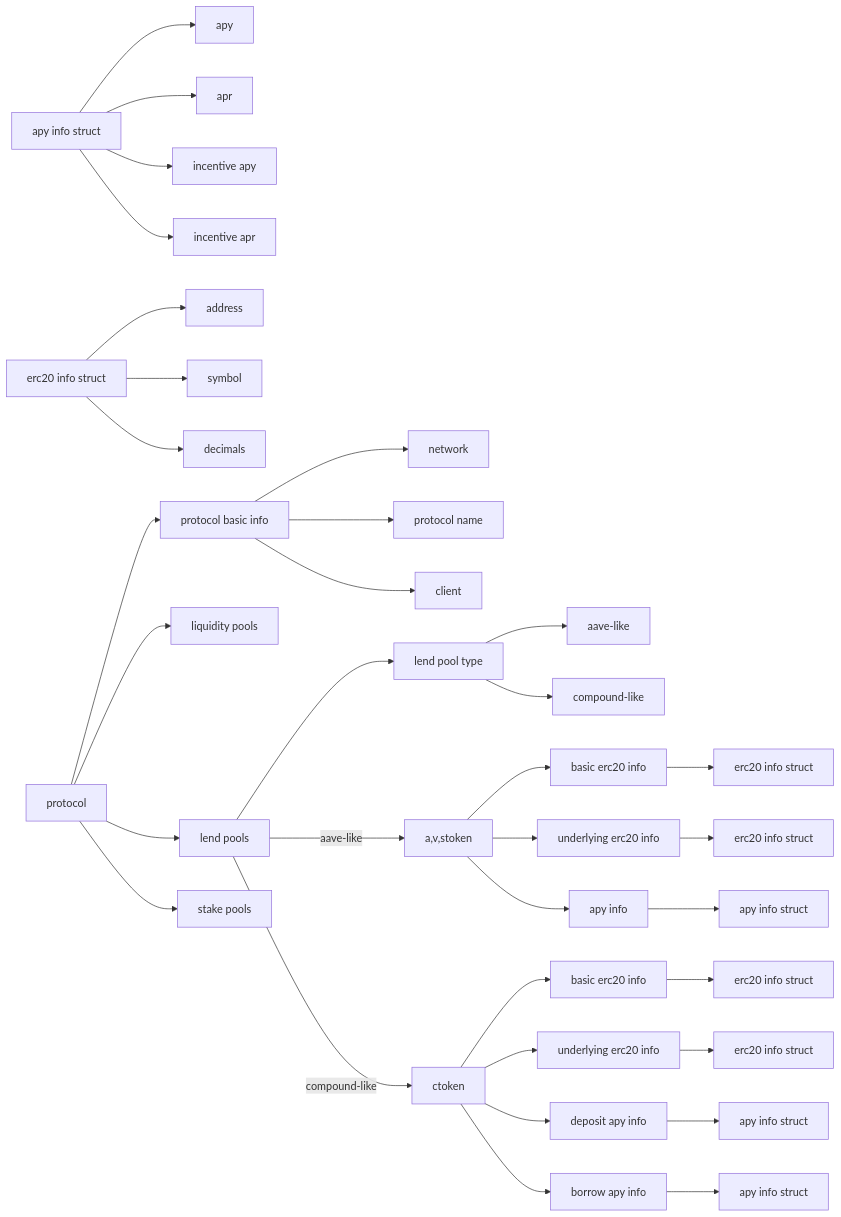
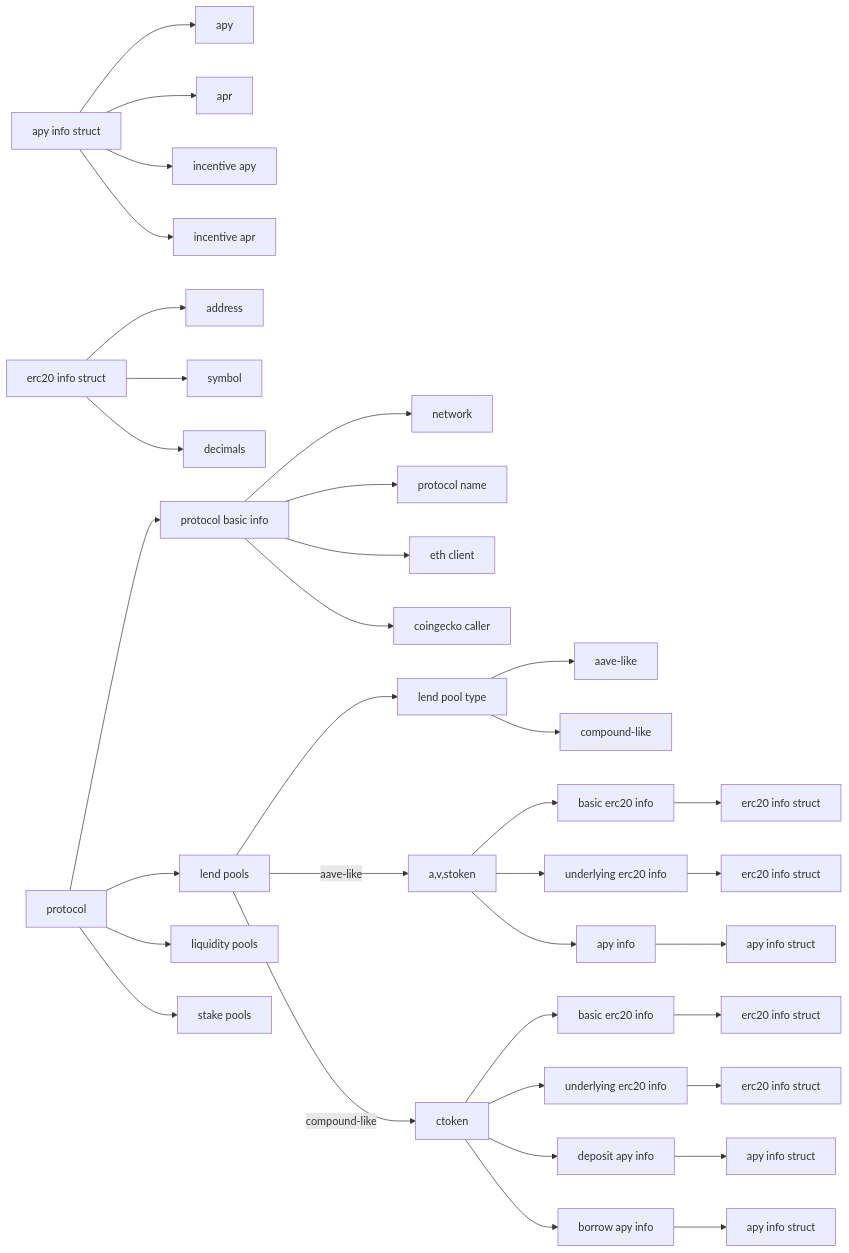
Before and after one commit to 0xVanfer/ethprotocol: the diagram in README.md, drawn with Mermaid. The commit also changed 9 other files, not shown here.

````diff
--- a/README.md
+++ b/README.md
@@ -3,46 +3,47 @@
 ```mermaid
 graph LR
 commonapys[apy info struct]
 commonapys-->commonapy[apy]
 commonapys-->commonapr[apr]
 commonapys-->commonincy[incentive apy]
 commonapys-->commonincr[incentive apr]
 
 commonerc20s[erc20 info struct]
 commonerc20s-->commonerc20address[address]
 commonerc20s-->commonerc20symbol[symbol]
 commonerc20s-->commonerc20decimals[decimals]
 
 pro[protocol]
 
 pro-->probasic[protocol basic info]
+pro-->bps[lend pools]
 pro-->lps[liquidity pools]
-pro-->bps[lend pools]
 pro-->sps[stake pools]
 
 probasic-->network
 probasic-->proname[protocol name]
-probasic-->client
+probasic-->client[eth client]
+probasic-->geckokey[coingecko caller]
 
 bps--aave-like-->avstoken[a,v,stoken]
 bps--compound-like-->ctoken
 bps-->bpstype[lend pool type]
 
 bpstype-->aave-like
 bpstype-->compound-like
 
 avstoken-->erc20lendaave[basic erc20 info]-->erc201[erc20 info struct]
 avstoken-->underlyinglendaave[underlying erc20 info]-->erc202[erc20 info struct]
 avstoken-->apyslendaave[apy info]
 
 apyslendaave-->apylendaave[apy info struct]
 
 ctoken-->erc20lendcomp[basic erc20 info]-->erc203[erc20 info struct]
 ctoken-->underlyinglendcomp[underlying erc20 info]-->erc204[erc20 info struct]
 ctoken-->apyslendcompdepo[deposit apy info]-->apys1[apy info struct]
 ctoken-->apyslendcomplend[borrow apy info]-->apys2[apy info struct]
 
 
 
 
 ```
````
